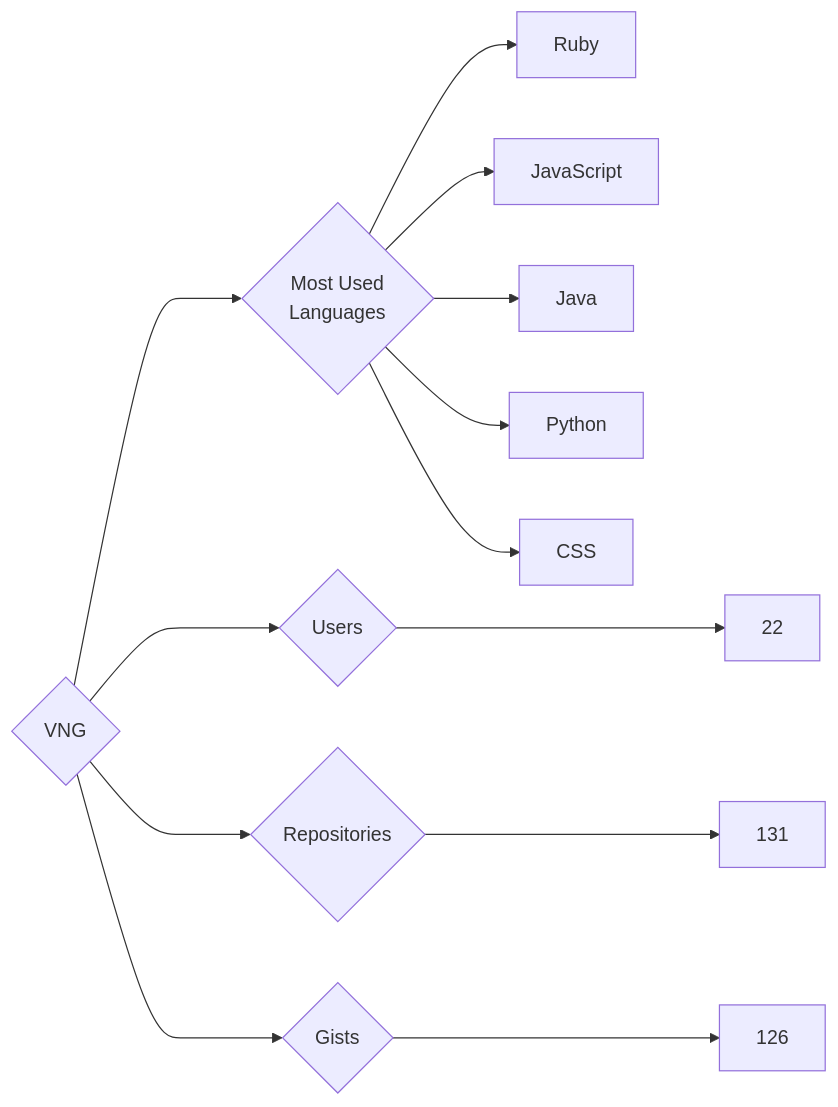
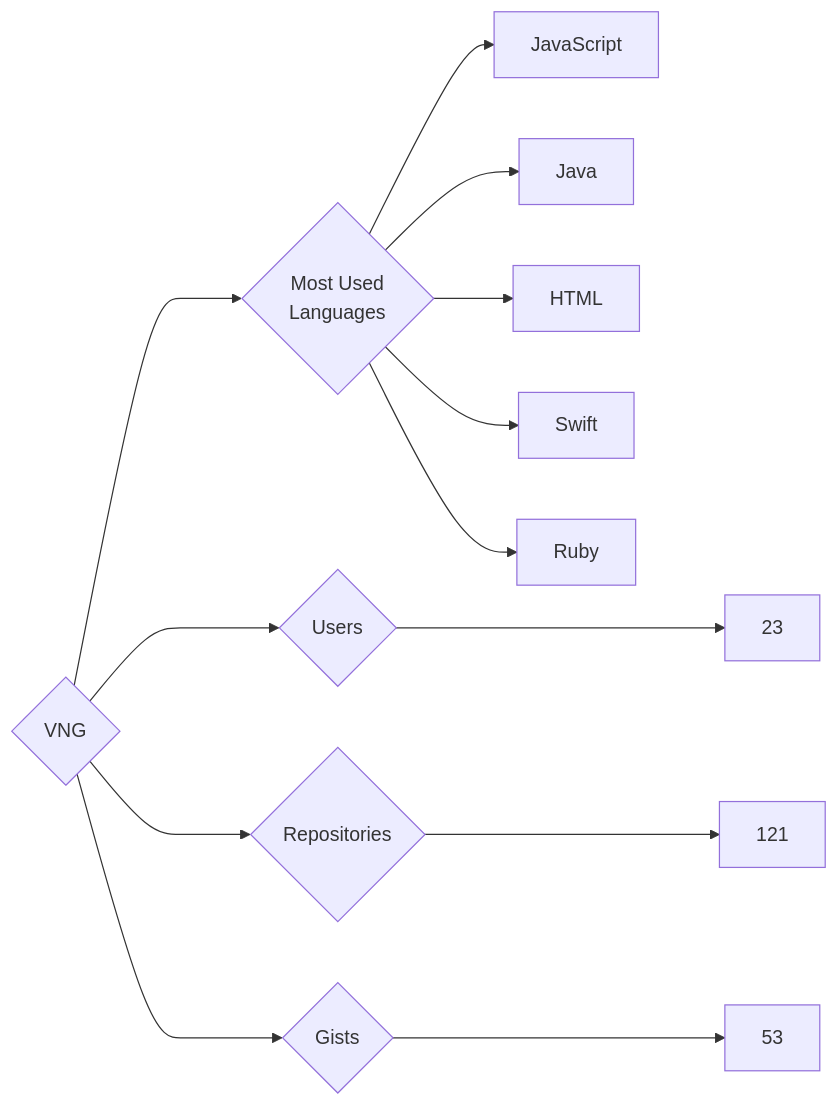
One commit to trickest/insiders changed the diagram in targets/VNG/README.md. Above: the diagram before and after it, drawn with Mermaid. The commit also changed 955 other files, not shown here.

````diff
--- a/targets/VNG/README.md
+++ b/targets/VNG/README.md
@@ -3,13 +3,13 @@
 ```mermaid
 graph LR
 COMPANY_NAME{VNG}
-COMPANY_NAME ---> U{Users} ---> UN[22]
-COMPANY_NAME ---> R{Repositories} ---> RN[131]
-COMPANY_NAME ---> G{Gists} ---> GN[126]
+COMPANY_NAME ---> U{Users} ---> UN[23]
+COMPANY_NAME ---> R{Repositories} ---> RN[121]
+COMPANY_NAME ---> G{Gists} ---> GN[53]
 COMPANY_NAME ---> ML{Most Used<br>Languages}
-ML --> Ruby[Ruby]
 ML --> JavaScript[JavaScript]
 ML --> Java[Java]
-ML --> Python[Python]
-ML --> CSS[CSS]
+ML --> HTML[HTML]
+ML --> Swift[Swift]
+ML --> Ruby[Ruby]
 ```
````
